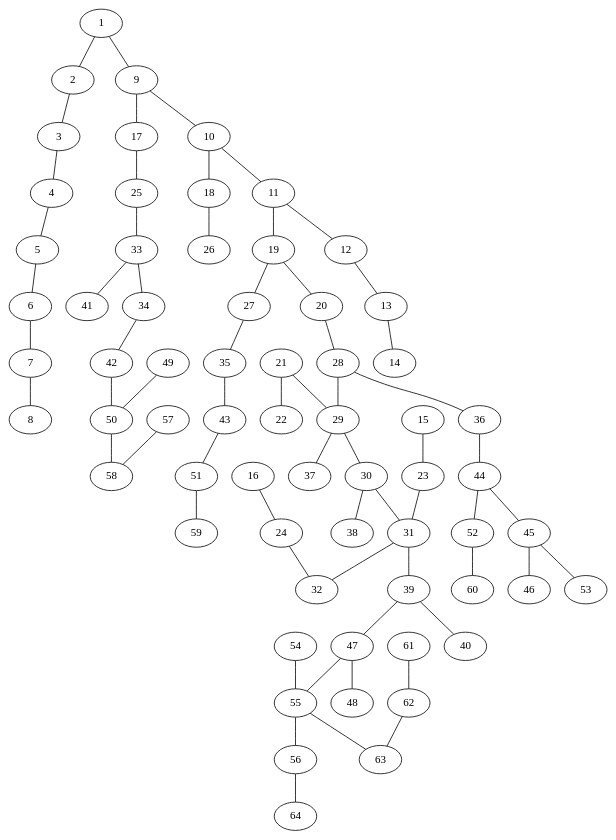
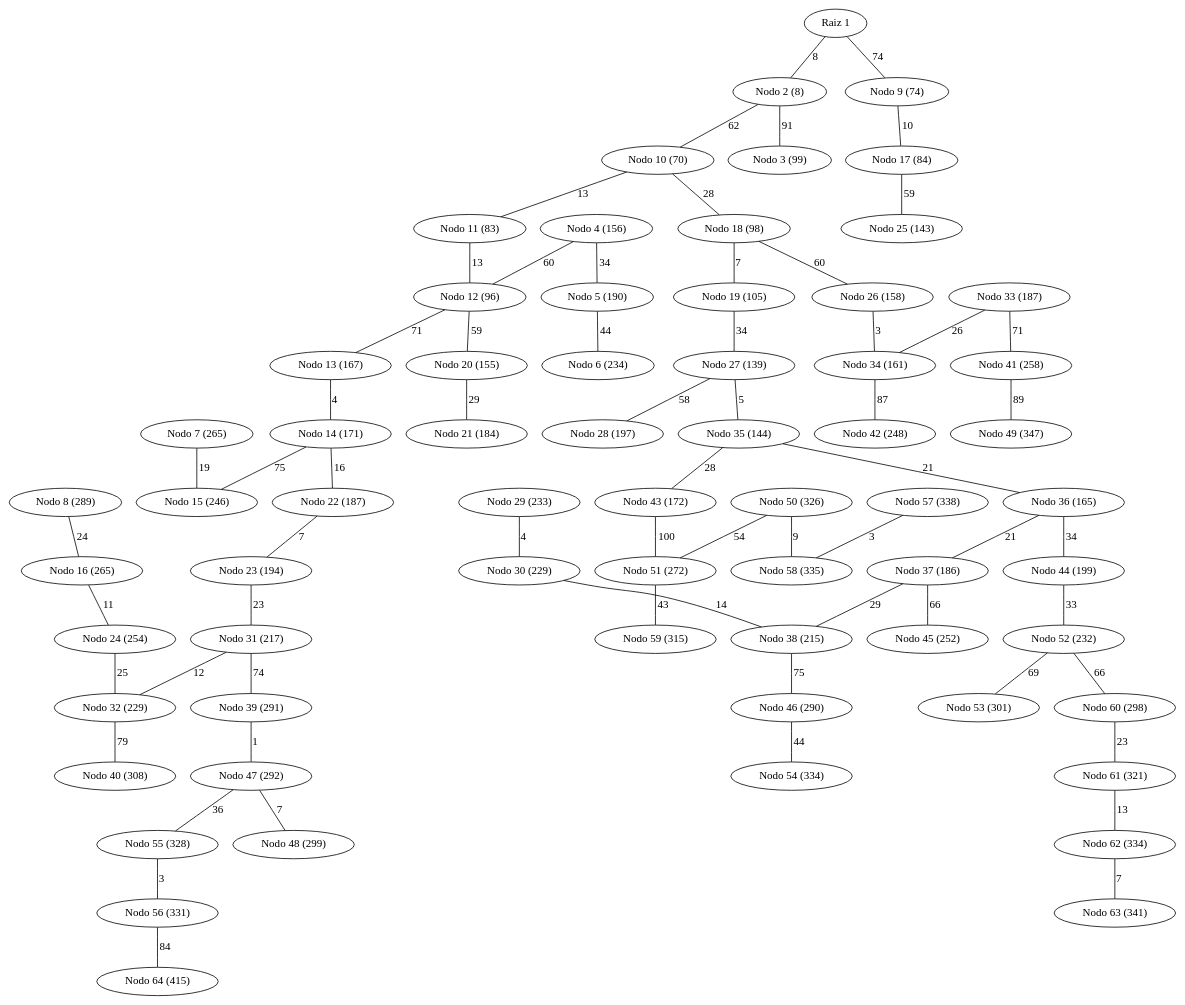
Before and after one commit to ElvisTech007/proyectos_DAA: the diagram in proyecto_1/archivos_graphviz/arbol_Dijkstra_malla_64_nodos.dot, drawn with Graphviz. The commit also changed 23 other files, not shown here.

```diff
--- a/proyecto_1/archivos_graphviz/arbol_Dijkstra_malla_64_nodos.dot
+++ b/proyecto_1/archivos_graphviz/arbol_Dijkstra_malla_64_nodos.dot
@@ -1,129 +1,129 @@
 graph arbol_dijkstra_G_1 {
-    1;
-    2;
-    3;
-    9;
-    17;
-    10;
-    11;
-    12;
-    19;
-    18;
-    4;
-    20;
-    28;
-    27;
-    29;
-    25;
-    21;
-    30;
-    33;
-    36;
-    31;
-    39;
-    26;
-    34;
-    22;
-    13;
-    35;
-    44;
-    32;
-    37;
-    5;
-    47;
-    43;
-    45;
-    38;
-    40;
-    55;
-    14;
-    41;
-    42;
-    50;
-    23;
-    52;
-    6;
-    56;
-    64;
-    63;
-    54;
-    15;
-    48;
-    62;
-    46;
-    58;
-    49;
-    7;
-    24;
-    61;
-    53;
-    51;
-    16;
-    60;
-    57;
-    59;
-    8;
-    1 -- 2;
-    2 -- 3;
-    3 -- 4;
-    4 -- 5;
-    5 -- 6;
-    6 -- 7;
-    7 -- 8;
-    1 -- 9;
-    9 -- 10;
-    10 -- 11;
-    11 -- 12;
-    12 -- 13;
-    13 -- 14;
-    15 -- 23;
-    16 -- 24;
-    9 -- 17;
-    10 -- 18;
-    11 -- 19;
-    19 -- 20;
-    21 -- 29;
-    21 -- 22;
-    23 -- 31;
-    24 -- 32;
-    17 -- 25;
-    18 -- 26;
-    19 -- 27;
-    20 -- 28;
-    28 -- 29;
-    29 -- 30;
-    30 -- 31;
-    31 -- 32;
-    25 -- 33;
-    33 -- 34;
-    27 -- 35;
-    28 -- 36;
-    29 -- 37;
-    30 -- 38;
-    31 -- 39;
-    39 -- 40;
-    33 -- 41;
-    34 -- 42;
-    35 -- 43;
-    36 -- 44;
-    44 -- 45;
-    45 -- 46;
-    39 -- 47;
-    47 -- 48;
-    49 -- 50;
-    42 -- 50;
-    43 -- 51;
-    44 -- 52;
-    45 -- 53;
-    54 -- 55;
-    47 -- 55;
-    55 -- 56;
-    57 -- 58;
-    50 -- 58;
-    51 -- 59;
-    52 -- 60;
-    61 -- 62;
-    62 -- 63;
-    55 -- 63;
-    56 -- 64;
+    "1" [label="Raiz 1"];
+    "2" [label="Nodo 2 (8)"];
+    "10" [label="Nodo 10 (70)"];
+    "9" [label="Nodo 9 (74)"];
+    "11" [label="Nodo 11 (83)"];
+    "17" [label="Nodo 17 (84)"];
+    "12" [label="Nodo 12 (96)"];
+    "18" [label="Nodo 18 (98)"];
+    "3" [label="Nodo 3 (99)"];
+    "19" [label="Nodo 19 (105)"];
+    "27" [label="Nodo 27 (139)"];
+    "25" [label="Nodo 25 (143)"];
+    "35" [label="Nodo 35 (144)"];
+    "20" [label="Nodo 20 (155)"];
+    "4" [label="Nodo 4 (156)"];
+    "26" [label="Nodo 26 (158)"];
+    "34" [label="Nodo 34 (161)"];
+    "36" [label="Nodo 36 (165)"];
+    "13" [label="Nodo 13 (167)"];
+    "14" [label="Nodo 14 (171)"];
+    "43" [label="Nodo 43 (172)"];
+    "21" [label="Nodo 21 (184)"];
+    "37" [label="Nodo 37 (186)"];
+    "33" [label="Nodo 33 (187)"];
+    "22" [label="Nodo 22 (187)"];
+    "5" [label="Nodo 5 (190)"];
+    "23" [label="Nodo 23 (194)"];
+    "28" [label="Nodo 28 (197)"];
+    "44" [label="Nodo 44 (199)"];
+    "38" [label="Nodo 38 (215)"];
+    "31" [label="Nodo 31 (217)"];
+    "32" [label="Nodo 32 (229)"];
+    "30" [label="Nodo 30 (229)"];
+    "52" [label="Nodo 52 (232)"];
+    "29" [label="Nodo 29 (233)"];
+    "6" [label="Nodo 6 (234)"];
+    "15" [label="Nodo 15 (246)"];
+    "42" [label="Nodo 42 (248)"];
+    "45" [label="Nodo 45 (252)"];
+    "24" [label="Nodo 24 (254)"];
+    "41" [label="Nodo 41 (258)"];
+    "16" [label="Nodo 16 (265)"];
+    "7" [label="Nodo 7 (265)"];
+    "51" [label="Nodo 51 (272)"];
+    "8" [label="Nodo 8 (289)"];
+    "46" [label="Nodo 46 (290)"];
+    "39" [label="Nodo 39 (291)"];
+    "47" [label="Nodo 47 (292)"];
+    "60" [label="Nodo 60 (298)"];
+    "48" [label="Nodo 48 (299)"];
+    "53" [label="Nodo 53 (301)"];
+    "40" [label="Nodo 40 (308)"];
+    "59" [label="Nodo 59 (315)"];
+    "61" [label="Nodo 61 (321)"];
+    "50" [label="Nodo 50 (326)"];
+    "55" [label="Nodo 55 (328)"];
+    "56" [label="Nodo 56 (331)"];
+    "62" [label="Nodo 62 (334)"];
+    "54" [label="Nodo 54 (334)"];
+    "58" [label="Nodo 58 (335)"];
+    "57" [label="Nodo 57 (338)"];
+    "63" [label="Nodo 63 (341)"];
+    "49" [label="Nodo 49 (347)"];
+    "64" [label="Nodo 64 (415)"];
+    1 -- 2 [label="8"];
+    2 -- 3 [label="91"];
+    4 -- 12 [label="60"];
+    4 -- 5 [label="34"];
+    5 -- 6 [label="44"];
+    7 -- 15 [label="19"];
+    8 -- 16 [label="24"];
+    1 -- 9 [label="74"];
+    2 -- 10 [label="62"];
+    10 -- 11 [label="13"];
+    11 -- 12 [label="13"];
+    12 -- 13 [label="71"];
+    13 -- 14 [label="4"];
+    14 -- 15 [label="75"];
+    16 -- 24 [label="11"];
+    9 -- 17 [label="10"];
+    10 -- 18 [label="28"];
+    18 -- 19 [label="7"];
+    12 -- 20 [label="59"];
+    20 -- 21 [label="29"];
+    14 -- 22 [label="16"];
+    22 -- 23 [label="7"];
+    24 -- 32 [label="25"];
+    17 -- 25 [label="59"];
+    18 -- 26 [label="60"];
+    19 -- 27 [label="34"];
+    27 -- 28 [label="58"];
+    29 -- 30 [label="4"];
+    30 -- 38 [label="14"];
+    23 -- 31 [label="23"];
+    31 -- 32 [label="12"];
+    33 -- 34 [label="26"];
+    26 -- 34 [label="3"];
+    27 -- 35 [label="5"];
+    35 -- 36 [label="21"];
+    36 -- 37 [label="21"];
+    37 -- 38 [label="29"];
+    31 -- 39 [label="74"];
+    32 -- 40 [label="79"];
+    33 -- 41 [label="71"];
+    34 -- 42 [label="87"];
+    35 -- 43 [label="28"];
+    36 -- 44 [label="34"];
+    37 -- 45 [label="66"];
+    38 -- 46 [label="75"];
+    39 -- 47 [label="1"];
+    47 -- 48 [label="7"];
+    41 -- 49 [label="89"];
+    50 -- 51 [label="54"];
+    43 -- 51 [label="100"];
+    44 -- 52 [label="33"];
+    52 -- 53 [label="69"];
+    46 -- 54 [label="44"];
+    47 -- 55 [label="36"];
+    55 -- 56 [label="3"];
+    57 -- 58 [label="3"];
+    50 -- 58 [label="9"];
+    51 -- 59 [label="43"];
+    52 -- 60 [label="66"];
+    60 -- 61 [label="23"];
+    61 -- 62 [label="13"];
+    62 -- 63 [label="7"];
+    56 -- 64 [label="84"];
 }
```
